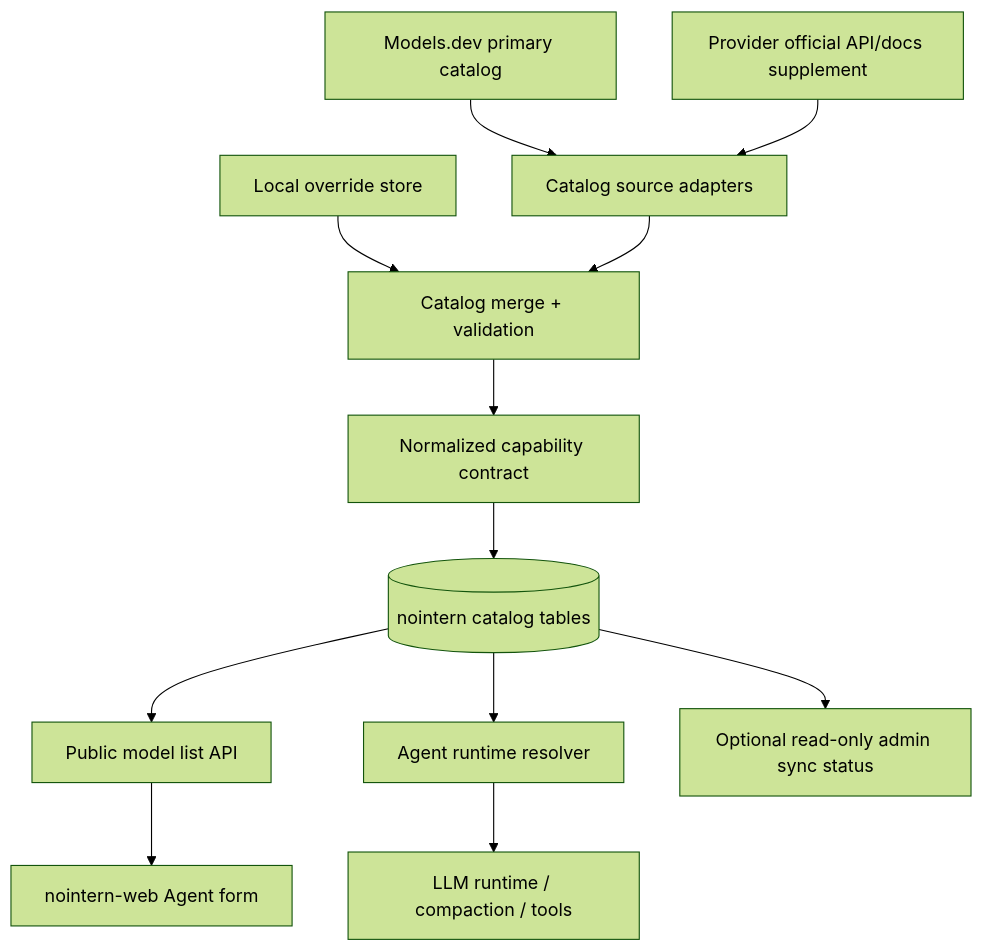
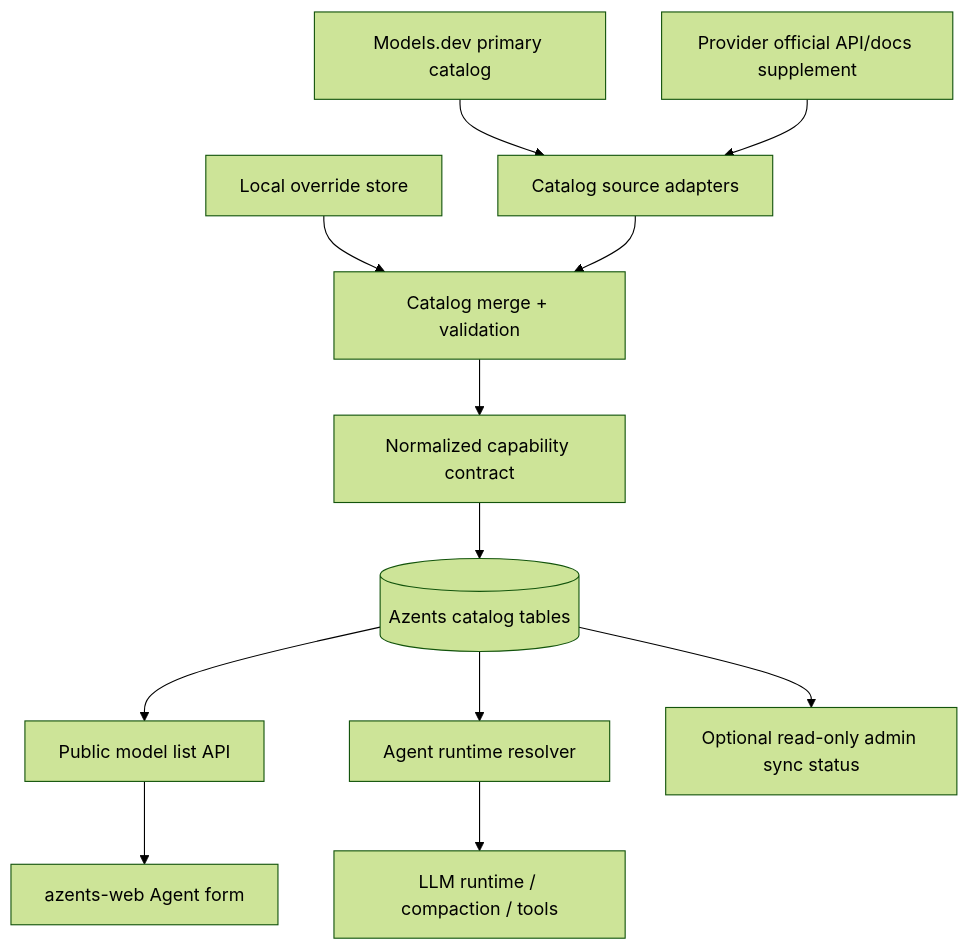
Before and after one commit to azents/azents: the first of 3 diagrams in docs/azents/design/llm-260513-llm-catalog-source.md, drawn with Mermaid (forest theme). The commit also changed other lines of this file and 24 other files, not shown here.

````diff
--- a/docs/azents/design/llm-260513-llm-catalog-source.md
+++ b/docs/azents/design/llm-260513-llm-catalog-source.md
@@ -129,14 +129,14 @@
 ```mermaid
 flowchart TD
     External[Models.dev primary catalog] --> Adapter[Catalog source adapters]
     Official[Provider official API/docs supplement] --> Adapter
     Override[Local override store] --> Merge[Catalog merge + validation]
     Adapter --> Merge
     Merge --> Contract[Normalized capability contract]
-    Contract --> DB[(nointern catalog tables)]
+    Contract --> DB[(Azents catalog tables)]
     DB --> PublicAPI[Public model list API]
     DB --> Resolver[Agent runtime resolver]
     DB --> AdminStatus[Optional read-only admin sync status]
-    PublicAPI --> AgentForm[nointern-web Agent form]
+    PublicAPI --> AgentForm[azents-web Agent form]
     Resolver --> Runtime[LLM runtime / compaction / tools]
 ```
````
